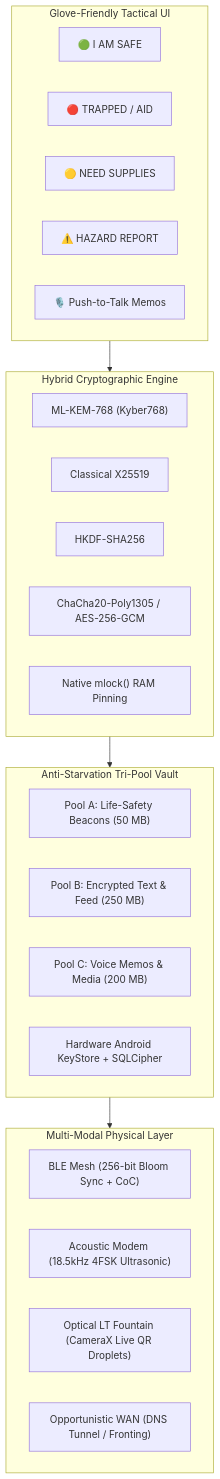
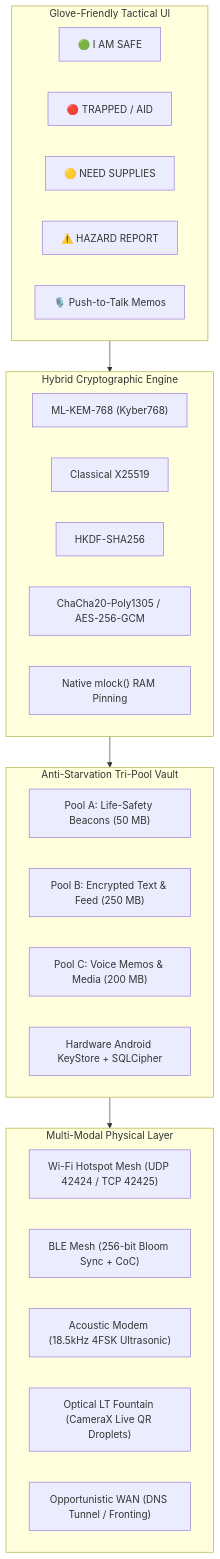
Before and after one commit to Plaguedoctor-sudo/DisasterManagement: the diagram in README.md, drawn with Mermaid. The commit also changed other lines of this file and 10 other files, not shown here.

Commit message:
feat: add Wi-Fi hotspot mesh transport, crash-safe permission onboarding, and live ingress packet extraction

````diff
--- a/README.md
+++ b/README.md
@@ -43,34 +43,35 @@
 ```mermaid
 flowchart TD
     subgraph UI["Glove-Friendly Tactical UI"]
         Safe["🟢 I AM SAFE"]
         Aid["🔴 TRAPPED / AID"]
         Supplies["🟡 NEED SUPPLIES"]
         Hazard["⚠️ HAZARD REPORT"]
         PTT["🎙️ Push-to-Talk Memos"]
     end
 
     subgraph Security["Hybrid Cryptographic Engine"]
         Kyber["ML-KEM-768 (Kyber768)"]
         X25519["Classical X25519"]
         HKDF["HKDF-SHA256"]
         ChaCha["ChaCha20-Poly1305 / AES-256-GCM"]
         Pinning["Native mlock() RAM Pinning"]
     end
 
     subgraph Storage["Anti-Starvation Tri-Pool Vault"]
         PoolA["Pool A: Life-Safety Beacons (50 MB)"]
         PoolB["Pool B: Encrypted Text & Feed (250 MB)"]
         PoolC["Pool C: Voice Memos & Media (200 MB)"]
         Vault["Hardware Android KeyStore + SQLCipher"]
     end
 
     subgraph Transports["Multi-Modal Physical Layer"]
+        WiFi["Wi-Fi Hotspot Mesh (UDP 42424 / TCP 42425)"]
         BLE["BLE Mesh (256-bit Bloom Sync + CoC)"]
         Acoustic["Acoustic Modem (18.5kHz 4FSK Ultrasonic)"]
         Optical["Optical LT Fountain (CameraX Live QR Droplets)"]
         WAN["Opportunistic WAN (DNS Tunnel / Fronting)"]
     end
 
     UI --> Security --> Storage --> Transports
 ```
````
